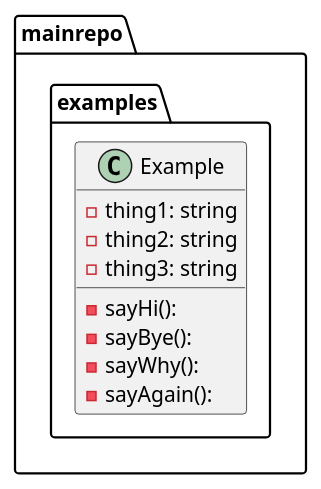
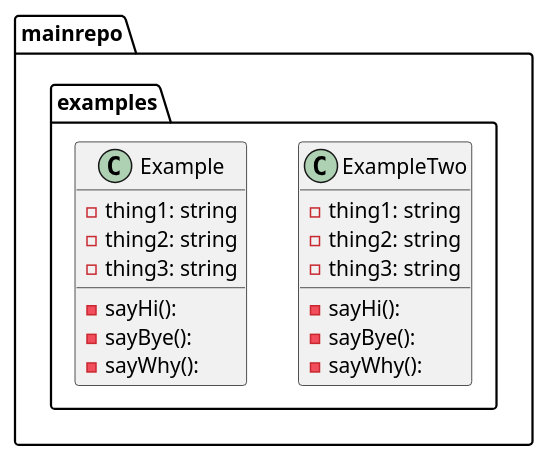
Before and after one commit to tbal999/pumlaction: the diagram in graph.puml, drawn with PlantUML.

Commit message:
generated puml file

```diff
--- a/graph.puml
+++ b/graph.puml
@@ -1,14 +1,23 @@
 @startuml
+package ...mainrepo.examples{
+class ExampleTwo {
+-thing1: string
+-thing2: string
+-thing3: string
+-sayHi(): 
+-sayBye(): 
+-sayWhy(): 
+}
+}
 package ...mainrepo.examples{
 class Example {
 -thing1: string
 -thing2: string
 -thing3: string
 -sayHi(): 
 -sayBye(): 
 -sayWhy(): 
--sayAgain(): 
 }
 }
 
 @enduml
```
